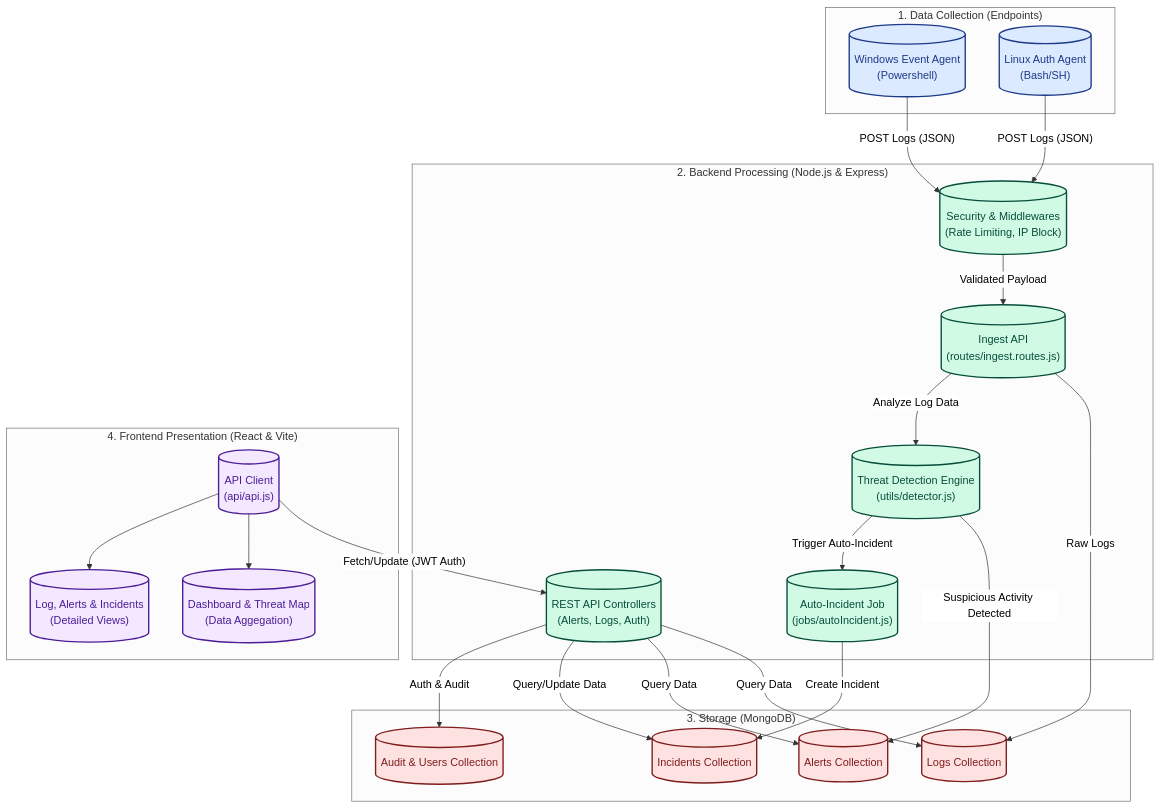
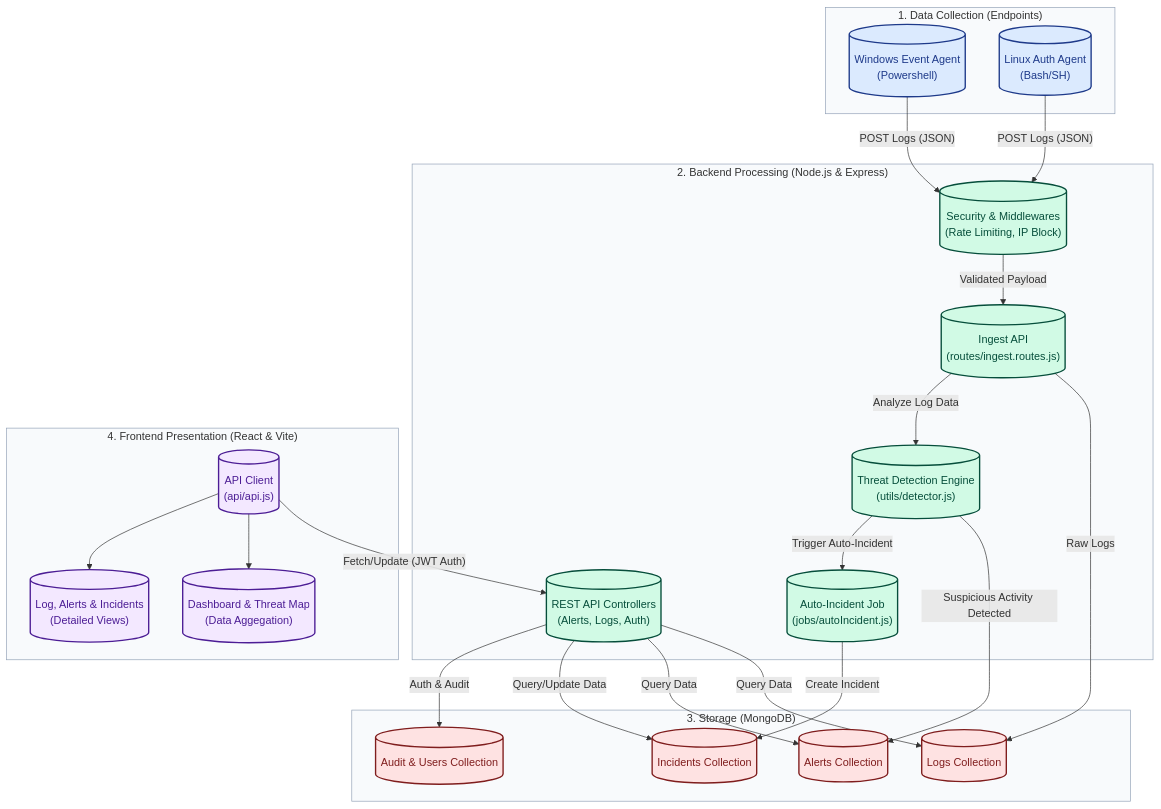
The diagram in docs/DATA_FLOW.md (Het-2004/soc-siem-dashboard), drawn with Mermaid before and after one commit. The commit also changed 1 other file, not shown here.

````diff
--- a/docs/DATA_FLOW.md
+++ b/docs/DATA_FLOW.md
@@ -7,56 +7,56 @@
 ```mermaid
-%%{init: {'theme': 'neutral', 'themeVariables': { 'background': '#ffffff', 'primaryTextColor': '#000000', 'lineColor': '#333333'}}}%%
+%%{init: {'theme': 'default', 'themeVariables': { 'background': '#ffffff', 'primaryTextColor': '#000000', 'lineColor': '#333333', 'clusterBkg': '#f8fafc', 'clusterBorder': '#94a3b8'}}}%%
 flowchart TD
     %% Define Styles
     classDef source fill:#dbeafe,stroke:#1e3a8a,stroke-width:2px,color:#1e3a8a
     classDef backend fill:#d1fae5,stroke:#064e3b,stroke-width:2px,color:#064e3b
     classDef db fill:#fee2e2,stroke:#7f1d1d,stroke-width:2px,color:#7f1d1d
     classDef frontend fill:#f3e8ff,stroke:#4c1d95,stroke-width:2px,color:#4c1d95
 
     subgraph Data_Sources ["1. Data Collection (Endpoints)"]
         WA[("Windows Event Agent\n(Powershell)")]:::source
         LA[("Linux Auth Agent\n(Bash/SH)")]:::source
     end
 
     subgraph Backend_Processing ["2. Backend Processing (Node.js & Express)"]
         ING[("Ingest API\n(routes/ingest.routes.js)")]:::backend
         MW[("Security & Middlewares\n(Rate Limiting, IP Block)")]:::backend
         DET[("Threat Detection Engine\n(utils/detector.js)")]:::backend
         JOB[("Auto-Incident Job\n(jobs/autoIncident.js)")]:::backend
         API[("REST API Controllers\n(Alerts, Logs, Auth)")]:::backend
     end
 
     subgraph Database ["3. Storage (MongoDB)"]
         DB_LOG[(Logs Collection)]:::db
         DB_ALT[(Alerts Collection)]:::db
         DB_INC[(Incidents Collection)]:::db
         DB_AUD[(Audit & Users Collection)]:::db
     end
 
     subgraph Frontend_UI ["4. Frontend Presentation (React & Vite)"]
         CLIENT[("API Client\n(api/api.js)")]:::frontend
         DASH[("Dashboard & Threat Map\n(Data Aggegation)")]:::frontend
         VIEWS[("Log, Alerts & Incidents\n(Detailed Views)")]:::frontend
     end
 
     %% Flow Connections
     WA -- "POST Logs (JSON)" --> MW
     LA -- "POST Logs (JSON)" --> MW
     
     MW -- "Validated Payload" --> ING
     ING -- "Raw Logs" --> DB_LOG
     ING -- "Analyze Log Data" --> DET
     
     DET -- "Suspicious Activity Detected" --> DB_ALT
     DET -- "Trigger Auto-Incident" --> JOB
     JOB -- "Create Incident" --> DB_INC
 
     CLIENT -- "Fetch/Update (JWT Auth)" --> API
     API -- "Query Data" --> DB_LOG
     API -- "Query Data" --> DB_ALT
     API -- "Query/Update Data" --> DB_INC
     API -- "Auth & Audit" --> DB_AUD
     
     CLIENT --> DASH
     CLIENT --> VIEWS
 ```
````
